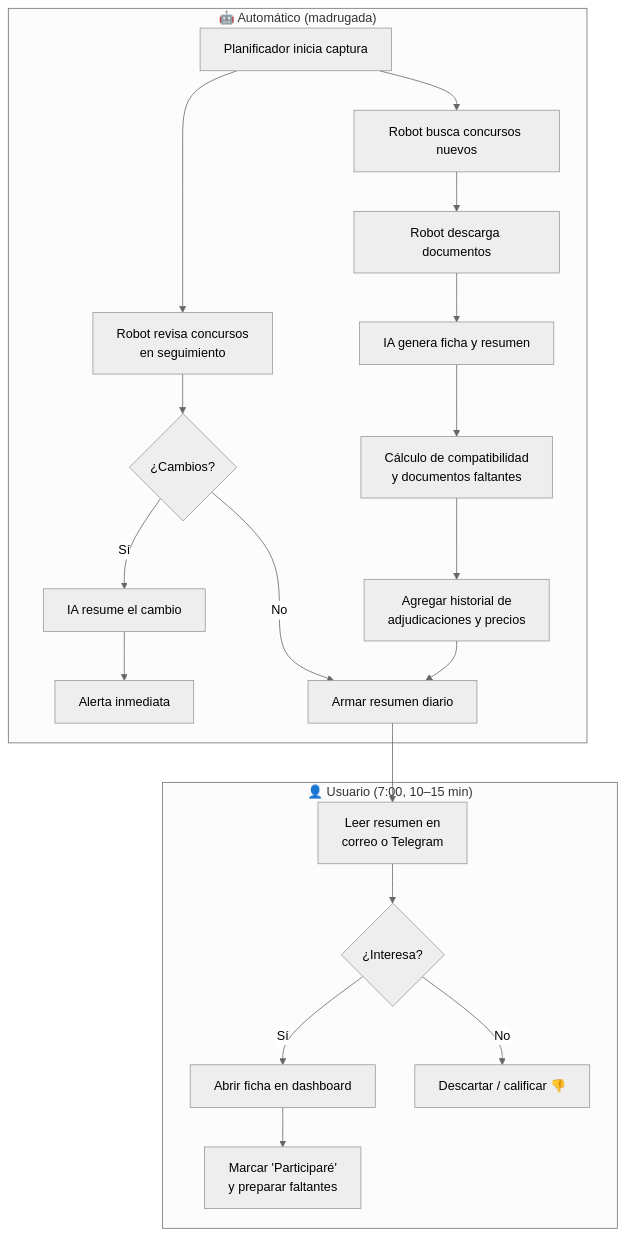
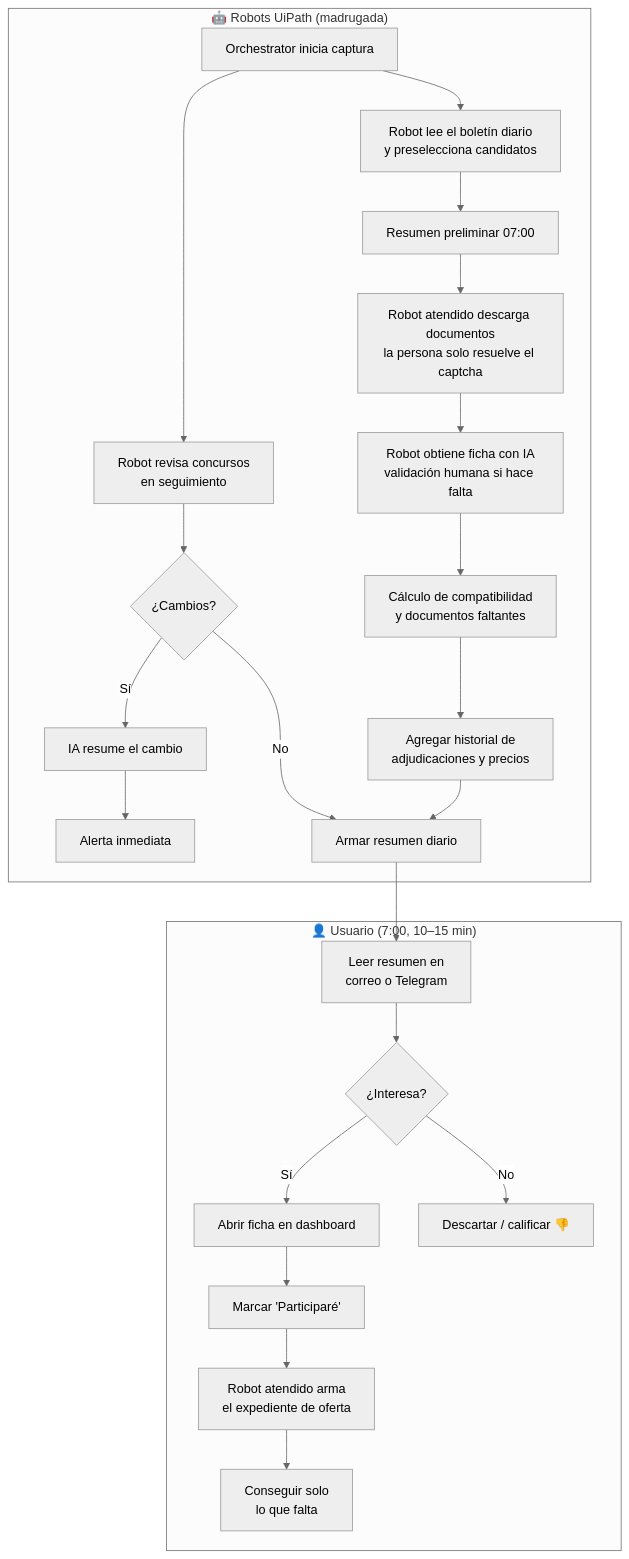
One commit to DenisArango/GuateComprasRPA changed the second of 8 diagrams in docs/06-diagramas.md. Above: the diagram before and after it, drawn with Mermaid (neutral theme). The commit also changed other lines of this file and 776 other files, not shown here.

````diff
--- a/docs/06-diagramas.md
+++ b/docs/06-diagramas.md
@@ -36,24 +36,27 @@
 ```mermaid
 flowchart TD
-    subgraph BOT["🤖 Automático (madrugada)"]
-        A1[Planificador inicia captura] --> A2[Robot busca concursos nuevos]
-        A2 --> A3[Robot descarga documentos]
-        A3 --> A4[IA genera ficha y resumen]
+    subgraph BOT["🤖 Robots UiPath (madrugada)"]
+        A1[Orchestrator inicia captura] --> A2[Robot lee el boletín diario<br/>y preselecciona candidatos]
+        A2 --> A2b[Resumen preliminar 07:00]
+        A2b --> A3[Robot atendido descarga documentos<br/>la persona solo resuelve el captcha]
+        A3 --> A4[Robot obtiene ficha con IA<br/>validación humana si hace falta]
         A4 --> A5[Cálculo de compatibilidad<br/>y documentos faltantes]
         A5 --> A6[Agregar historial de<br/>adjudicaciones y precios]
         A1 --> B1[Robot revisa concursos<br/>en seguimiento]
         B1 --> B2{¿Cambios?}
         B2 -- Sí --> B3[IA resume el cambio]
         B3 --> B4[Alerta inmediata]
         A6 --> C1[Armar resumen diario]
         B2 -- No --> C1
     end
 
     subgraph HUM["👤 Usuario (7:00, 10–15 min)"]
         C1 --> D1[Leer resumen en<br/>correo o Telegram]
         D1 --> D2{¿Interesa?}
         D2 -- Sí --> D3[Abrir ficha en dashboard]
-        D3 --> D4[Marcar 'Participaré'<br/>y preparar faltantes]
+        D3 --> D4[Marcar 'Participaré']
+        D4 --> D6[Robot atendido arma<br/>el expediente de oferta]
+        D6 --> D7[Conseguir solo<br/>lo que falta]
         D2 -- No --> D5[Descartar / calificar 👎]
     end
 ```
````
